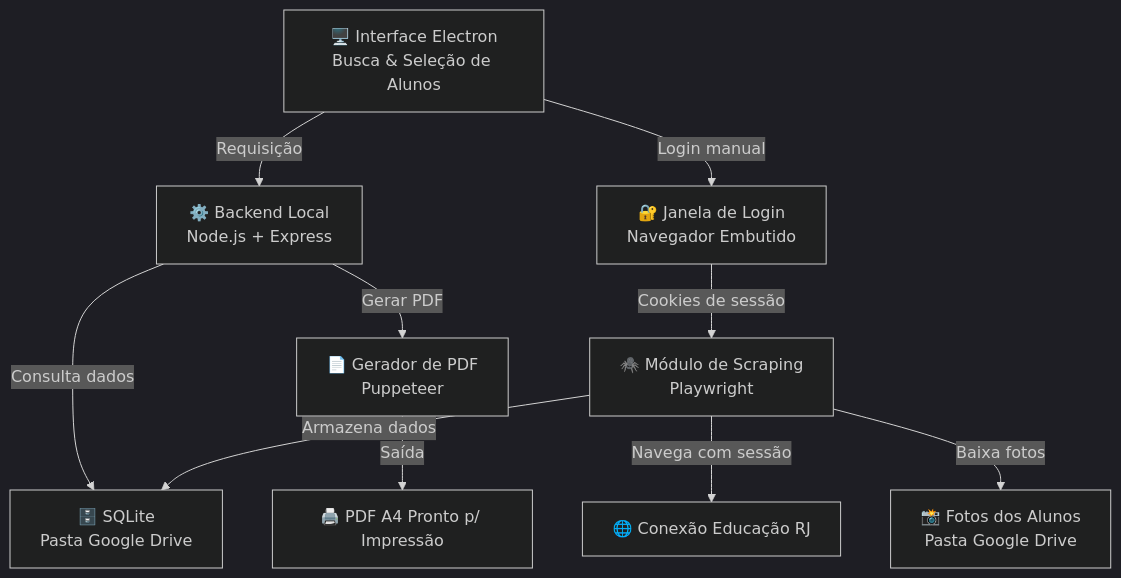
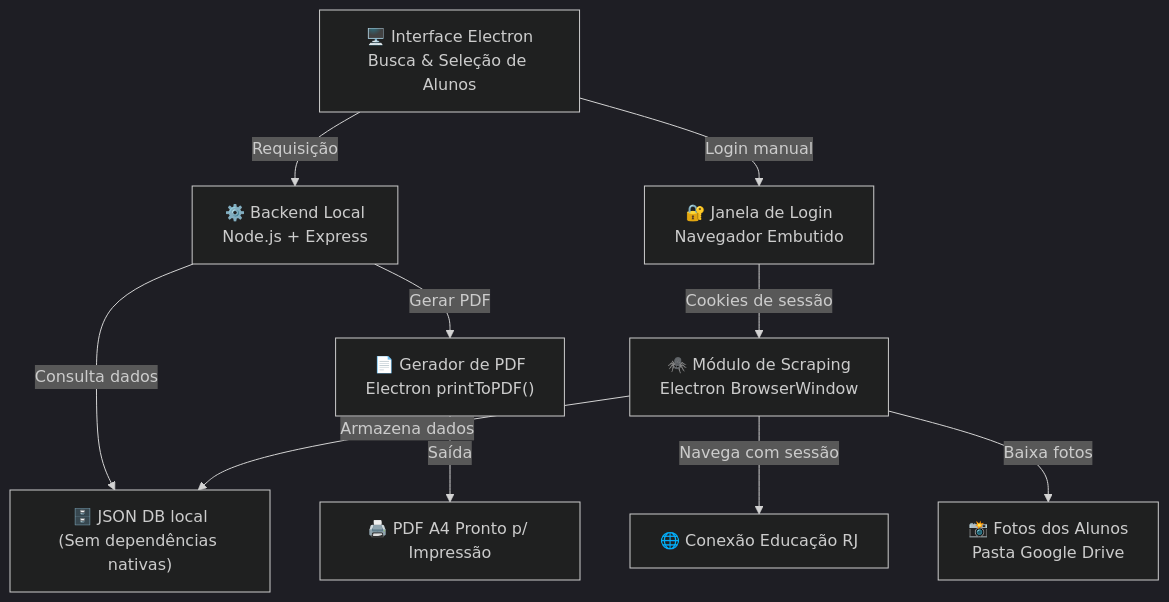
One commit to normaii/picasso changed the diagram in docs/implementation_plan.md. Above: the diagram before and after it, drawn with Mermaid (dark theme). The commit also changed other lines of this file and 6 other files, not shown here.

Commit message:
feat(fase2): modulo de scraping via electron, substituicao do bd para json e remocao playwright/puppeteer

````diff
--- a/docs/implementation_plan.md
+++ b/docs/implementation_plan.md
@@ -19,12 +19,12 @@
 ```mermaid
 graph TD
     A["🖥️ Interface Electron<br/>Busca & Seleção de Alunos"] -->|"Requisição"| B["⚙️ Backend Local<br/>Node.js + Express"]
     A -->|"Login manual"| H["🔐 Janela de Login<br/>Navegador Embutido"]
     H -->|"Cookies de sessão"| E
-    B -->|"Consulta dados"| C["🗄️ SQLite<br/>Pasta Google Drive"]
-    B -->|"Gerar PDF"| D["📄 Gerador de PDF<br/>Puppeteer"]
-    E["🕷️ Módulo de Scraping<br/>Playwright"] -->|"Armazena dados"| C
+    B -->|"Consulta dados"| C["🗄️ JSON DB local<br/>(Sem dependências nativas)"]
+    B -->|"Gerar PDF"| D["📄 Gerador de PDF<br/>Electron printToPDF()"]
+    E["🕷️ Módulo de Scraping<br/>Electron BrowserWindow"] -->|"Armazena dados"| C
     E -->|"Navega com sessão"| F["🌐 Conexão Educação RJ"]
     E -->|"Baixa fotos"| G["📸 Fotos dos Alunos<br/>Pasta Google Drive"]
     D -->|"Saída"| I["🖨️ PDF A4 Pronto p/ Impressão"]
 ```
````
